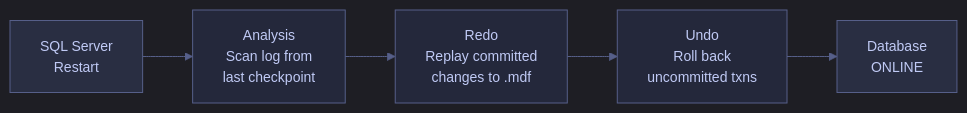
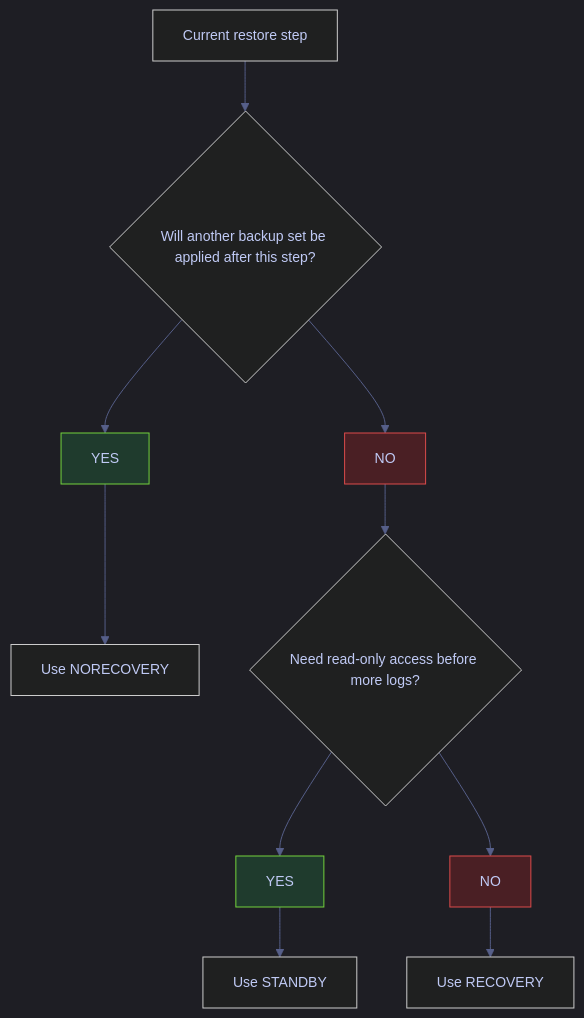
Before and after one commit to alp78/elysium: the diagram in content/04-SQL-Server/Administration/restore-and-recovery.md, drawn with Mermaid. The commit also changed other lines of this file and 12 other files, not shown here.

````diff
--- a/content/04-SQL-Server/Administration/restore-and-recovery.md
+++ b/content/04-SQL-Server/Administration/restore-and-recovery.md
@@ -448,25 +46,29 @@
 ```mermaid
 %%{init: {'theme': 'dark', 'themeVariables': {
   'primaryColor': '#292e42',
   'primaryTextColor': '#c0caf5',
   'primaryBorderColor': '#565f89',
   'lineColor': '#565f89',
   'secondaryColor': '#1a1b26',
   'tertiaryColor': '#24283b',
   'noteTextColor': '#c0caf5',
   'noteBkgColor': '#292e42',
   'textColor': '#c0caf5',
   'fontSize': '14px'
 }}}%%
-flowchart LR
-    A["SQL Server<br>Restart"] --> B["Analysis<br>Scan log from<br>last checkpoint"]
-    B --> C["Redo<br>Replay committed<br>changes to .mdf"]
-    C --> D["Undo<br>Roll back<br>uncommitted txns"]
-    D --> E["Database<br>ONLINE"]
+flowchart TD
+    A[Current restore step] --> B{Will another backup set be applied after this step?}
+    B --> Y[YES]
+    B --> N[NO]
+    Y --> C[Use NORECOVERY]
+    N --> D{Need read-only access before more logs?}
+    D --> Y2[YES]
+    D --> N2[NO]
+    Y2 --> E[Use STANDBY]
+    N2 --> F[Use RECOVERY]
 
-    style A fill:#292e42,stroke:#565f89,color:#c0caf5
-    style B fill:#24283b,stroke:#565f89,color:#c0caf5
-    style C fill:#24283b,stroke:#565f89,color:#c0caf5
-    style D fill:#24283b,stroke:#565f89,color:#c0caf5
-    style E fill:#292e42,stroke:#565f89,color:#c0caf5
+    style Y fill:#1f3b2d,stroke:#73d13d,color:#c0caf5
+    style N fill:#4a1f24,stroke:#db4b4b,color:#c0caf5
+    style Y2 fill:#1f3b2d,stroke:#73d13d,color:#c0caf5
+    style N2 fill:#4a1f24,stroke:#db4b4b,color:#c0caf5
 ```
````
